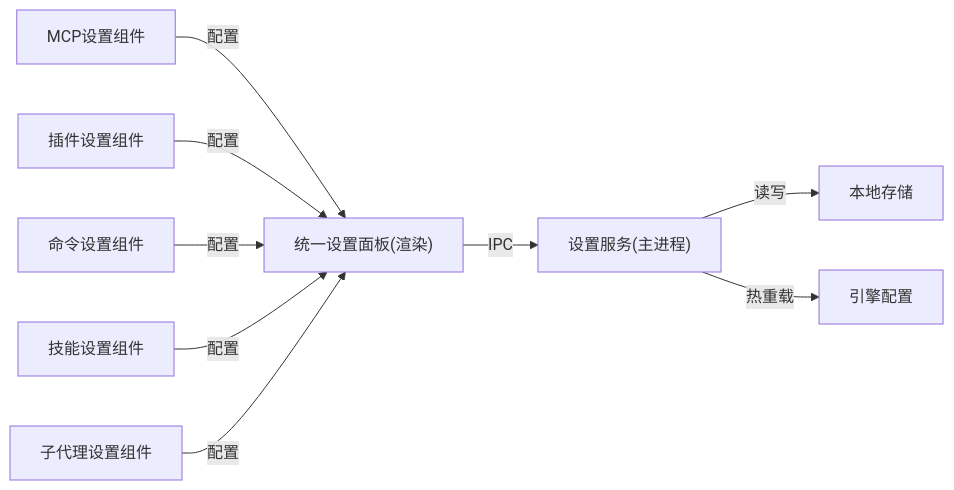
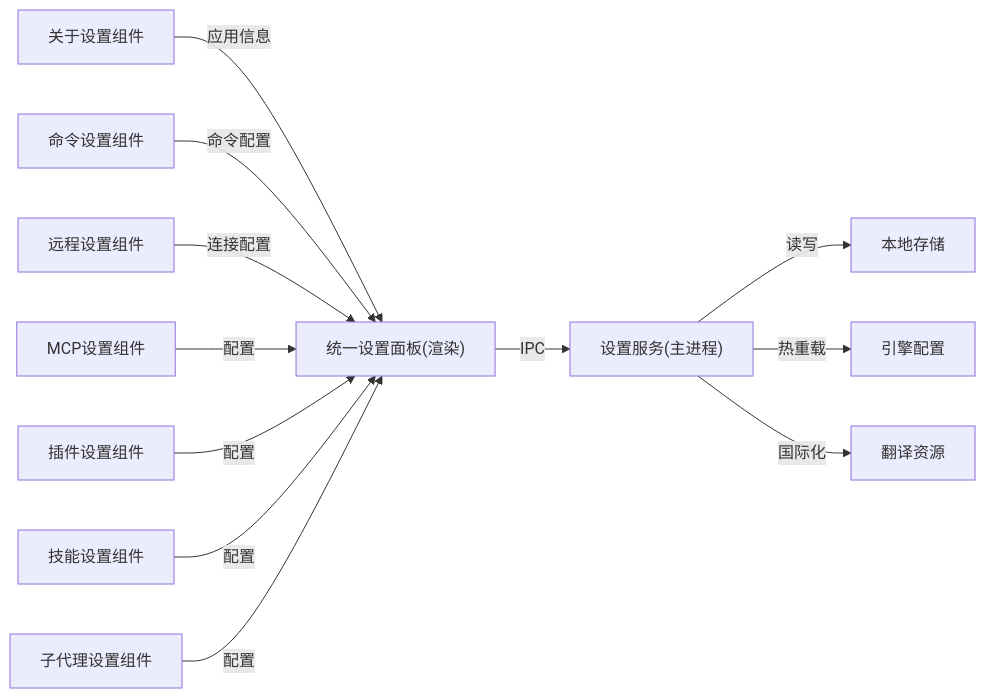
One commit to kkutysllb/KCoder changed the third of 3 diagrams in .qoder/repowiki/zh/content/用户指南/设置与配置/设置与配置.md. Above: the diagram before and after it, drawn with Mermaid. The commit also changed other lines of this file and 12 other files, not shown here.

````diff
--- a/.qoder/repowiki/zh/content/用户指南/设置与配置/设置与配置.md
+++ b/.qoder/repowiki/zh/content/用户指南/设置与配置/设置与配置.md
@@ -268,11 +315,14 @@
 ```mermaid
 graph LR
 SP["统一设置面板(渲染)"] -- "IPC" --> MS["设置服务(主进程)"]
+ABOUT["关于设置组件"] -- "应用信息" --> SP
+CMDS["命令设置组件"] -- "命令配置" --> SP
+REMOTE["远程设置组件"] -- "连接配置" --> SP
 MCP["MCP设置组件"] -- "配置" --> SP
 PLUG["插件设置组件"] -- "配置" --> SP
-CMDS["命令设置组件"] -- "配置" --> SP
 SKILLS["技能设置组件"] -- "配置" --> SP
 SUBAGENTS["子代理设置组件"] -- "配置" --> SP
 MS -- "读写" --> FS["本地存储"]
 MS -- "热重载" --> ENG["引擎配置"]
+MS -- "国际化" --> I18N["翻译资源"]
 ```
````
